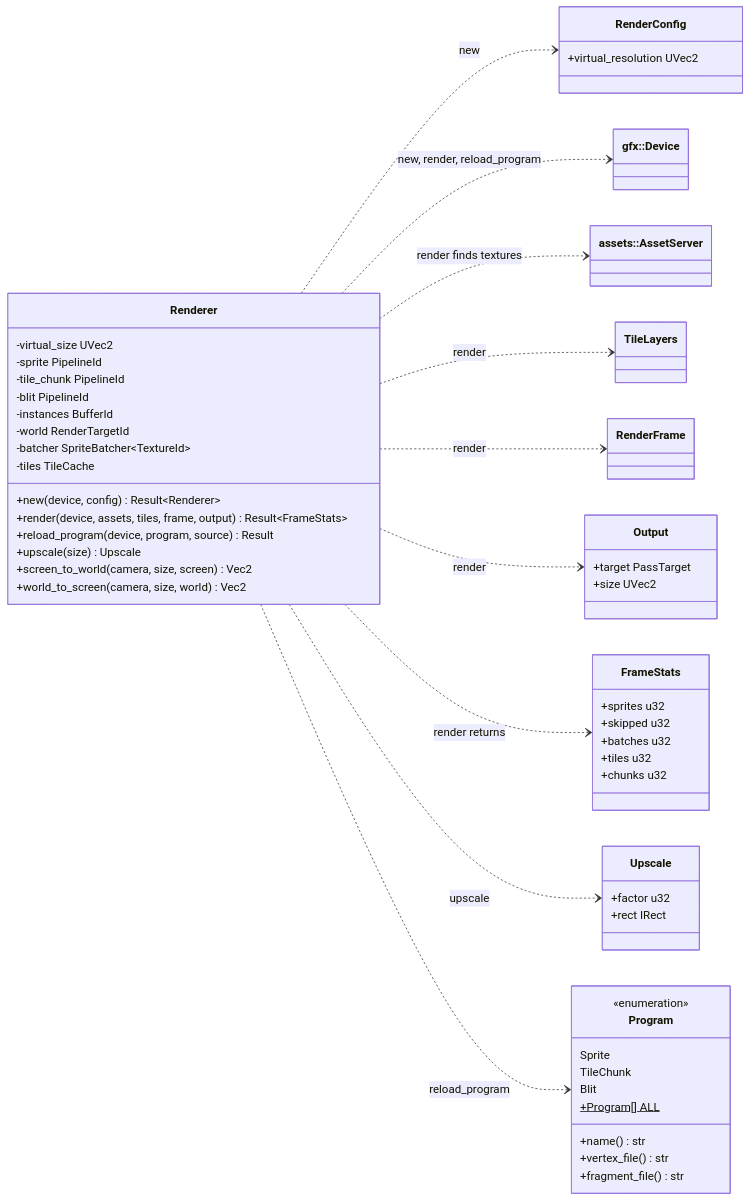
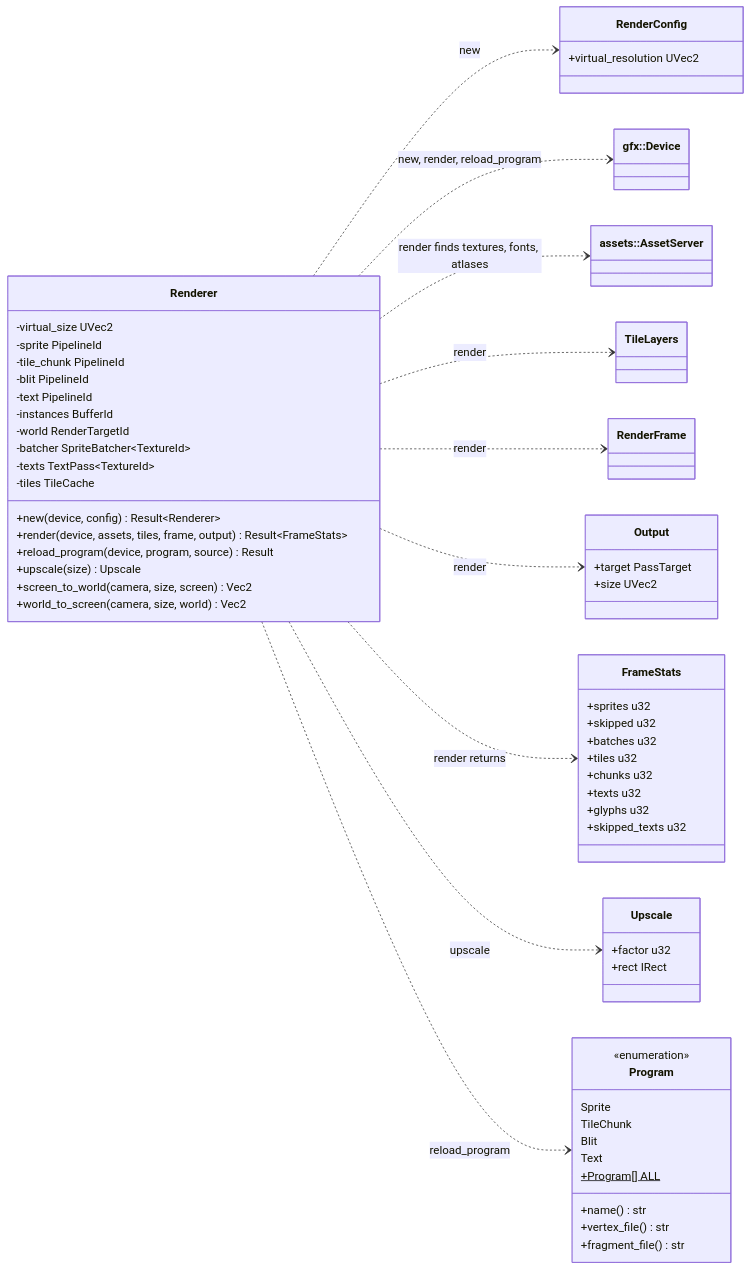
Before and after one commit to jabbott-iii/Nadir: diagram 13 of 31 in diagrams/class-diagram.md, drawn with Mermaid. The commit also changed other lines of this file and 35 other files, not shown here.

````diff
--- a/diagrams/class-diagram.md
+++ b/diagrams/class-diagram.md
@@ -1022,61 +1024,67 @@
 ```mermaid
 classDiagram
     direction LR
     class Renderer {
         -virtual_size UVec2
         -sprite PipelineId
         -tile_chunk PipelineId
         -blit PipelineId
+        -text PipelineId
         -instances BufferId
         -world RenderTargetId
         -batcher SpriteBatcher~TextureId~
+        -texts TextPass~TextureId~
         -tiles TileCache
         +new(device, config) Result~Renderer~
         +render(device, assets, tiles, frame, output) Result~FrameStats~
         +reload_program(device, program, source) Result
         +upscale(size) Upscale
         +screen_to_world(camera, size, screen) Vec2
         +world_to_screen(camera, size, world) Vec2
     }
     class RenderConfig {
         +virtual_resolution UVec2
     }
     class Output {
         +target PassTarget
         +size UVec2
     }
     class FrameStats {
         +sprites u32
         +skipped u32
         +batches u32
         +tiles u32
         +chunks u32
+        +texts u32
+        +glyphs u32
+        +skipped_texts u32
     }
     class Upscale {
         +factor u32
         +rect IRect
     }
     class Program {
         <<enumeration>>
         Sprite
         TileChunk
         Blit
+        Text
         +Program[] ALL$
         +name() str
         +vertex_file() str
         +fragment_file() str
     }
     class RenderFrame
     class TileLayers
     class Device["gfx::Device"]
     class AssetServer["assets::AssetServer"]
     Renderer ..> RenderConfig : new
     Renderer ..> Device : new, render, reload_program
-    Renderer ..> AssetServer : render finds textures
+    Renderer ..> AssetServer : render finds textures, fonts, atlases
     Renderer ..> TileLayers : render
     Renderer ..> RenderFrame : render
     Renderer ..> Output : render
     Renderer ..> FrameStats : render returns
     Renderer ..> Upscale : upscale
     Renderer ..> Program : reload_program
 ```
````
